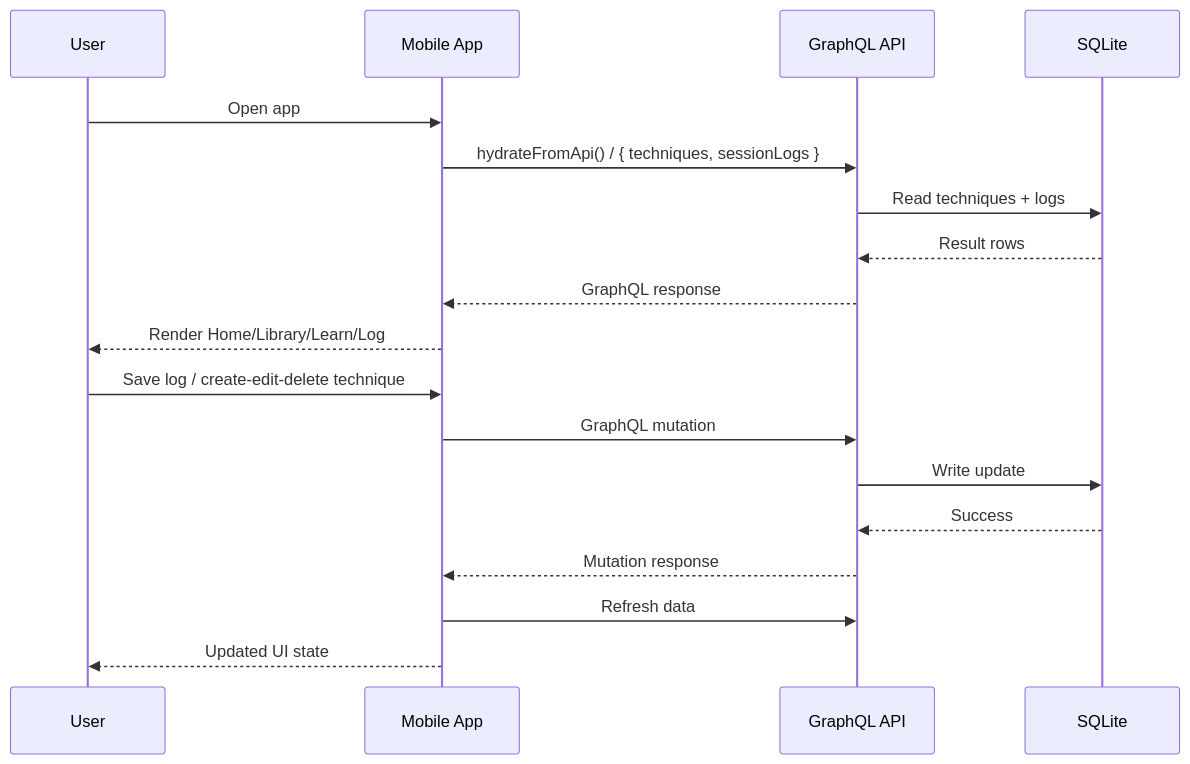
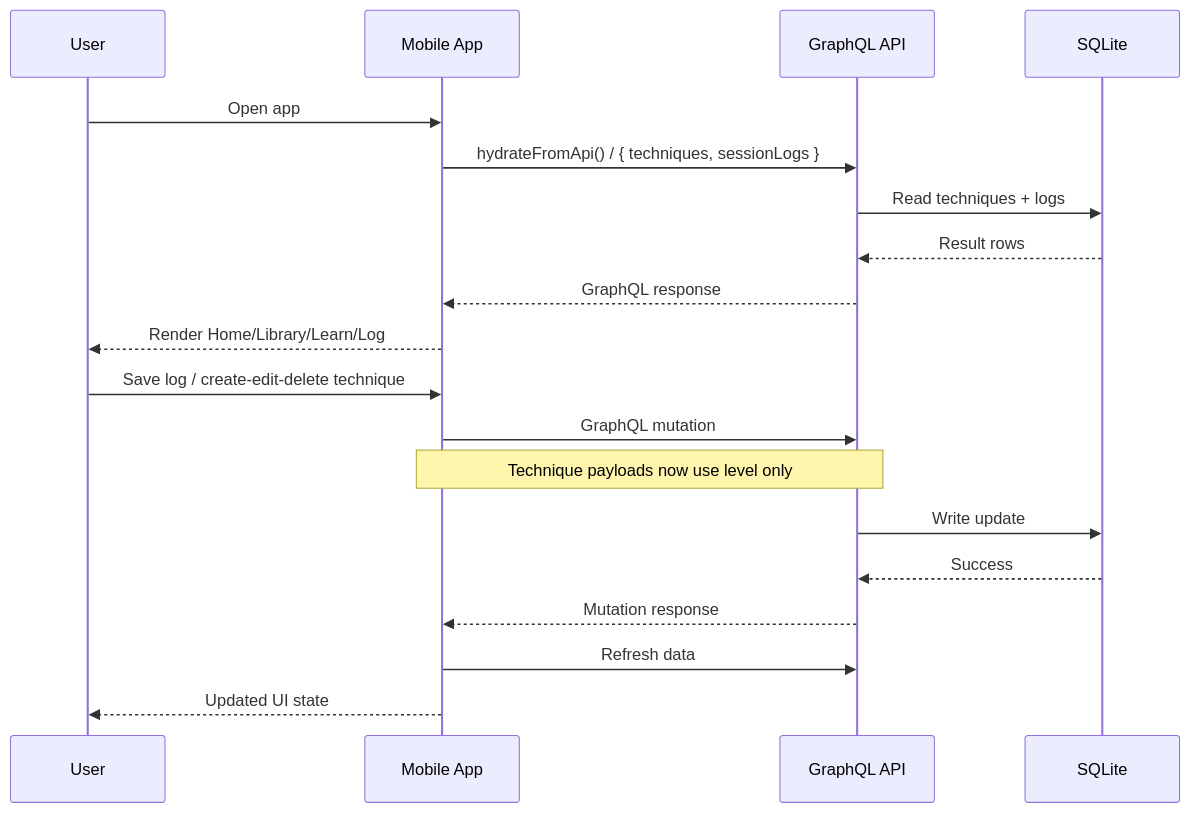
Before and after one commit to rm-jordan/rolltrack: the second of 5 diagrams in README.md, drawn with Mermaid. The commit also changed other lines of this file, not shown here.

````diff
--- a/README.md
+++ b/README.md
@@ -69,22 +78,23 @@
 ```mermaid
 sequenceDiagram
   participant User
   participant Mobile as Mobile App
   participant API as GraphQL API
   participant DB as SQLite
 
   User->>Mobile: Open app
   Mobile->>API: hydrateFromApi() / { techniques, sessionLogs }
   API->>DB: Read techniques + logs
   DB-->>API: Result rows
   API-->>Mobile: GraphQL response
   Mobile-->>User: Render Home/Library/Learn/Log
 
   User->>Mobile: Save log / create-edit-delete technique
   Mobile->>API: GraphQL mutation
+  Note over Mobile,API: Technique payloads now use level only
   API->>DB: Write update
   DB-->>API: Success
   API-->>Mobile: Mutation response
   Mobile->>API: Refresh data
   Mobile-->>User: Updated UI state
 ```
````
